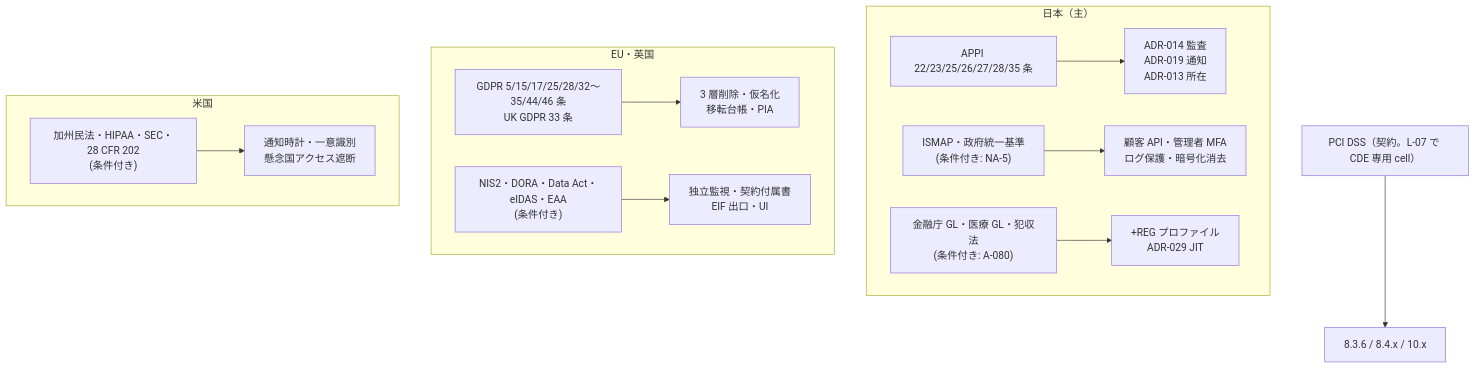
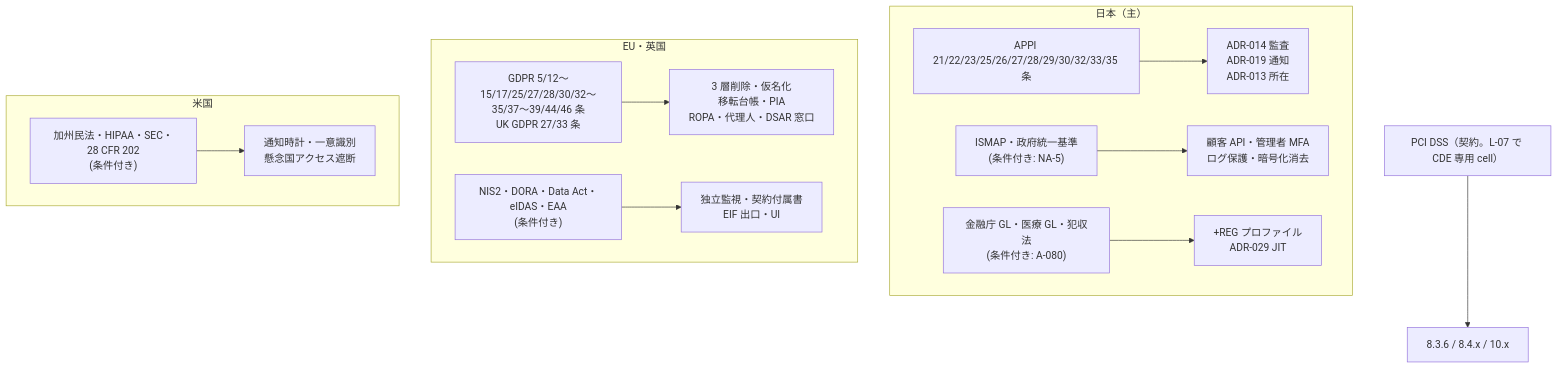
Before and after one commit to Takenori-Kusaka/auth-stack: the second of 2 diagrams in 06_controls/mappings/regulations.md, drawn with Mermaid. The commit also changed other lines of this file and 68 other files, not shown here.

````diff
--- a/06_controls/mappings/regulations.md
+++ b/06_controls/mappings/regulations.md
@@ -190,16 +203,16 @@
 ```mermaid
 flowchart TB
   subgraph JP["日本（主）"]
-    J1["APPI 22/23/25/26/27/28/35 条"] --> X1["ADR-014 監査<br/>ADR-019 通知<br/>ADR-013 所在"]
+    J1["APPI 21/22/23/25/26/27/28/29/30/32/33/35 条"] --> X1["ADR-014 監査<br/>ADR-019 通知<br/>ADR-013 所在"]
     J2["ISMAP・政府統一基準<br/>(条件付き: NA-5)"] --> X2["顧客 API・管理者 MFA<br/>ログ保護・暗号化消去"]
     J3["金融庁 GL・医療 GL・犯収法<br/>(条件付き: A-080)"] --> X3["+REG プロファイル<br/>ADR-029 JIT"]
   end
   subgraph EU["EU・英国"]
-    E1["GDPR 5/15/17/25/28/32〜35/44/46 条<br/>UK GDPR 33 条"] --> Y1["3 層削除・仮名化<br/>移転台帳・PIA"]
+    E1["GDPR 5/12〜15/17/25/27/28/30/32〜35/37〜39/44/46 条<br/>UK GDPR 27/33 条"] --> Y1["3 層削除・仮名化<br/>移転台帳・PIA<br/>ROPA・代理人・DSAR 窓口"]
     E2["NIS2・DORA・Data Act・eIDAS・EAA<br/>(条件付き)"] --> Y2["独立監視・契約付属書<br/>EIF 出口・UI"]
   end
   subgraph US["米国"]
     U1["加州民法・HIPAA・SEC・28 CFR 202<br/>(条件付き)"] --> Z1["通知時計・一意識別<br/>懸念国アクセス遮断"]
   end
   P["PCI DSS（契約。L-07 で CDE 専用 cell）"] --> Q["8.3.6 / 8.4.x / 10.x"]
 ```
````
